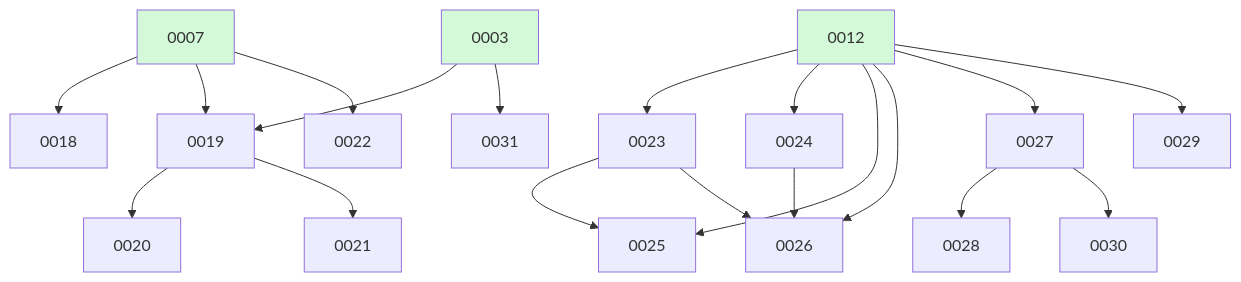
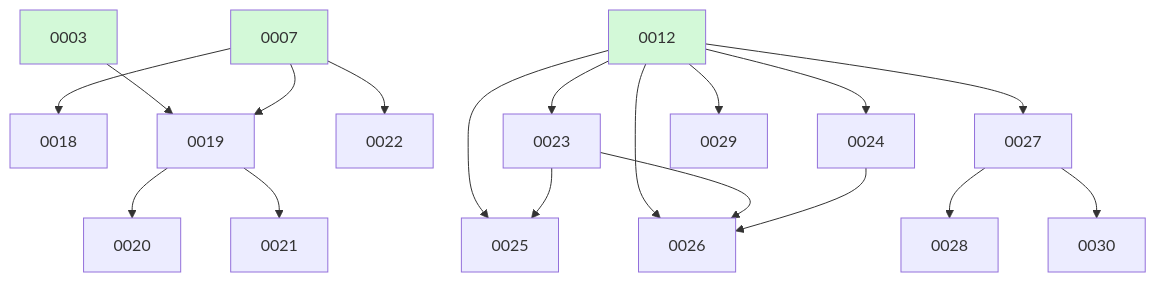
The diagram in docs/changes/BOARD.md (ethanhinson/fuse), drawn with Mermaid before and after one commit. The commit also changed other lines of this file, not shown here.

````diff
--- a/docs/changes/BOARD.md
+++ b/docs/changes/BOARD.md
@@ -29,25 +23,24 @@
 ```mermaid
 graph TD
   0007 --> 0018
   0003 --> 0019
   0007 --> 0019
   0019 --> 0020
   0019 --> 0021
   0007 --> 0022
   0012 --> 0023
   0012 --> 0024
   0012 --> 0025
   0023 --> 0025
   0012 --> 0026
   0023 --> 0026
   0024 --> 0026
   0012 --> 0027
   0027 --> 0028
   0012 --> 0029
   0027 --> 0030
-  0003 --> 0031
   0003:::done
   0007:::done
   0012:::done
   classDef done fill:#d3f9d8;
 ```
````
